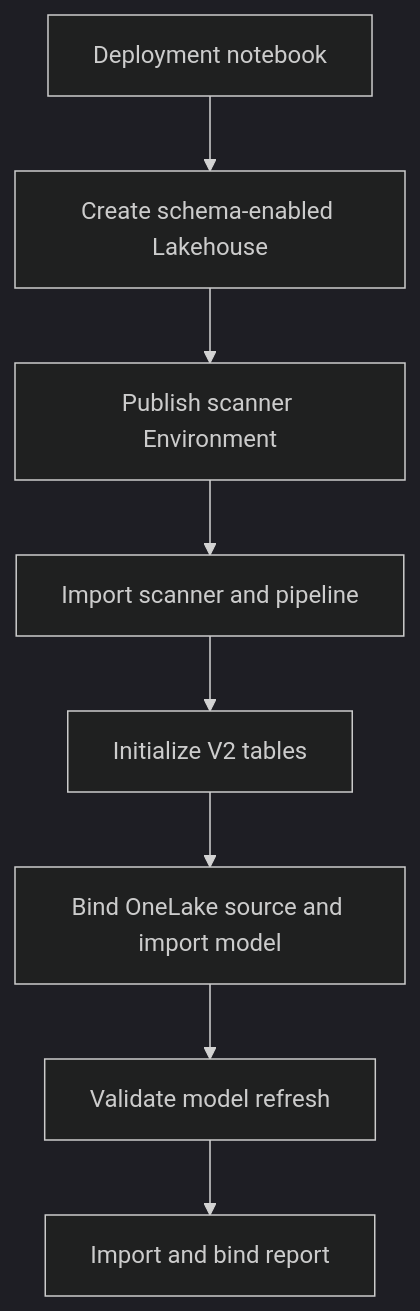
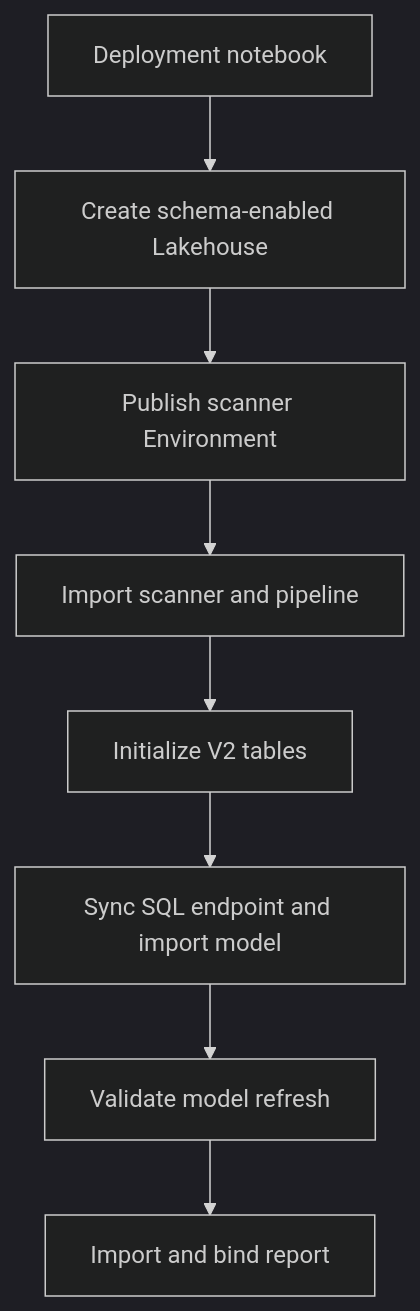
Before and after one commit to ZeonZheng/fabric-semantic-model-optimization: the second of 2 diagrams in docs/architecture.md, drawn with Mermaid (dark theme). The commit also changed other lines of this file and 21 other files, not shown here.

Commit message:
Restore SQL endpoint lineage and expose scan failures

````diff
--- a/docs/architecture.md
+++ b/docs/architecture.md
@@ -31,10 +31,10 @@
 ```mermaid
 flowchart TD
     A[Deployment notebook] --> B[Create schema-enabled Lakehouse]
     B --> C[Publish scanner Environment]
     C --> D[Import scanner and pipeline]
     D --> E[Initialize V2 tables]
-    E --> F[Bind OneLake source and import model]
+    E --> F[Sync SQL endpoint and import model]
     F --> G[Validate model refresh]
     G --> H[Import and bind report]
 ```
````
